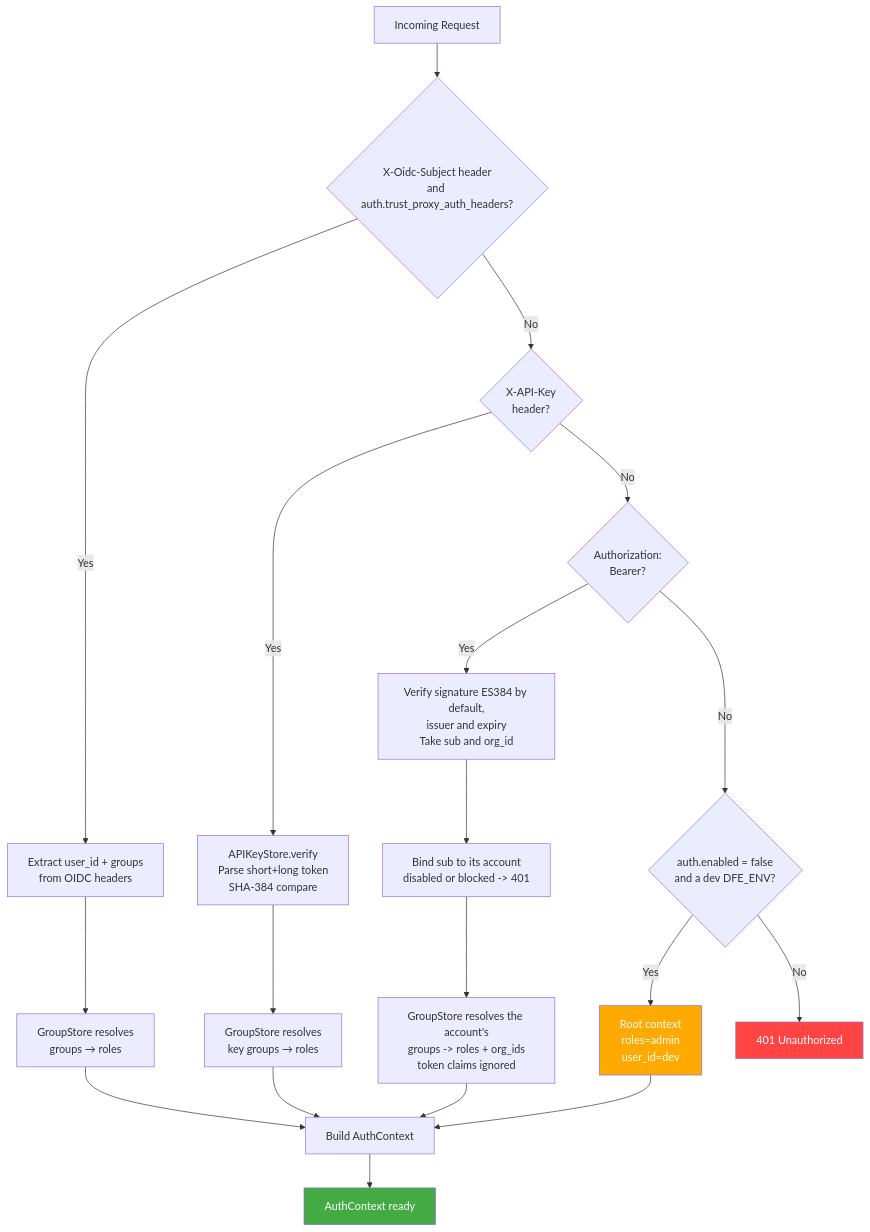
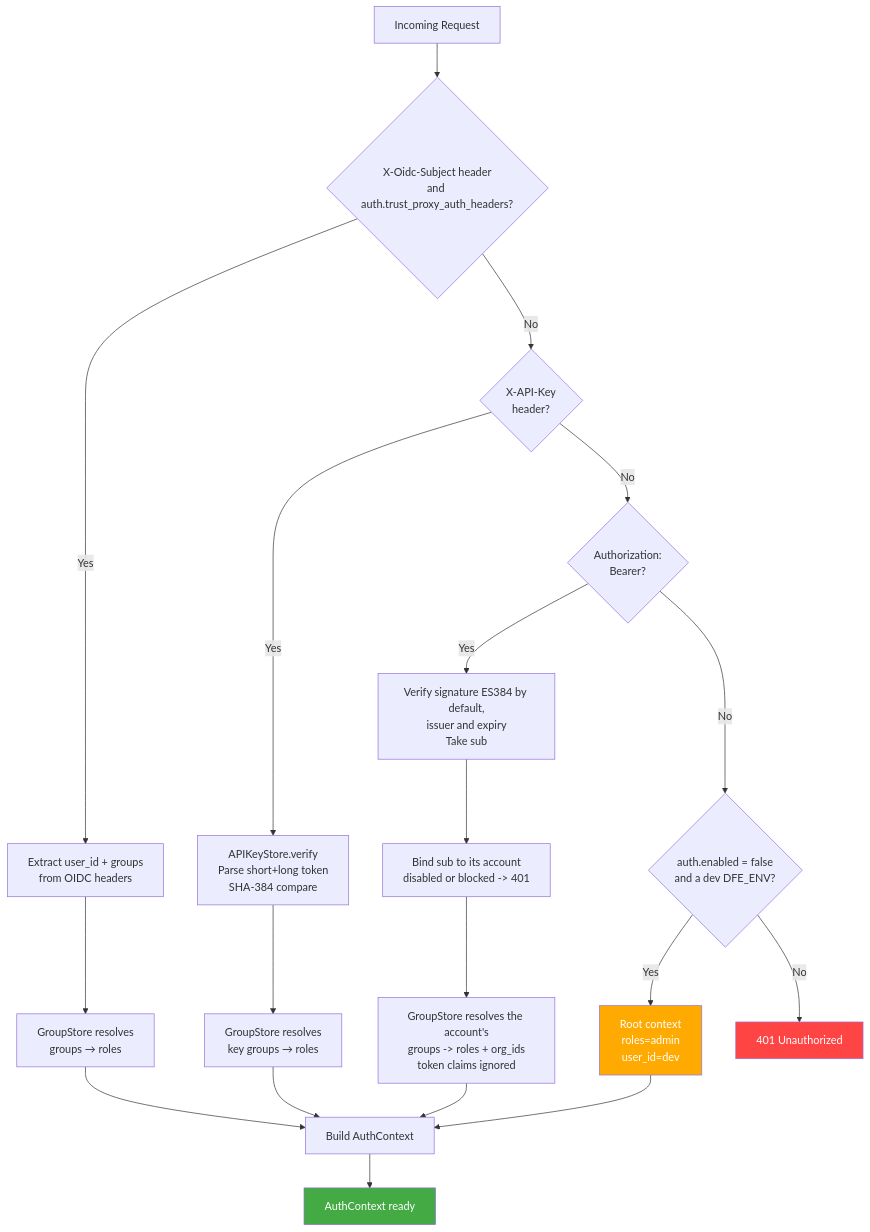
The first of 8 diagrams in docs/control-plane/rbac.md (hyperi-io/dfe-engine), drawn with Mermaid before and after one commit. The commit also changed other lines of this file and 141 other files, not shown here.

````diff
--- a/docs/control-plane/rbac.md
+++ b/docs/control-plane/rbac.md
@@ -22,30 +22,30 @@
 ```mermaid
 flowchart TD
     REQ[Incoming Request] --> OIDC{X-Oidc-Subject header<br/>and auth.trust_proxy_auth_headers?}
     OIDC -->|Yes| EXTRACT_OIDC[Extract user_id + groups<br/>from OIDC headers]
     EXTRACT_OIDC --> RESOLVE_OIDC[GroupStore resolves<br/>groups → roles]
     RESOLVE_OIDC --> CTX[Build AuthContext]
 
     OIDC -->|No| APIKEY{X-API-Key<br/>header?}
     APIKEY -->|Yes| VERIFY_KEY[APIKeyStore.verify<br/>Parse short+long token<br/>SHA-384 compare]
     VERIFY_KEY --> RESOLVE_KEY[GroupStore resolves<br/>key groups → roles]
     RESOLVE_KEY --> CTX
 
     APIKEY -->|No| JWT{Authorization:<br/>Bearer?}
-    JWT -->|Yes| DECODE["Verify signature ES384 by default,<br/>issuer and expiry<br/>Take sub and org_id"]
+    JWT -->|Yes| DECODE["Verify signature ES384 by default,<br/>issuer and expiry<br/>Take sub"]
     DECODE --> BIND["Bind sub to its account<br/>disabled or blocked -> 401"]
     BIND --> RESOLVE_JWT["GroupStore resolves the account's<br/>groups -> roles + org_ids<br/>token claims ignored"]
     RESOLVE_JWT --> CTX
 
     JWT -->|No| DISABLED{auth.enabled = false<br/>and a dev DFE_ENV?}
     DISABLED -->|Yes| ROOT[Root context<br/>roles=admin<br/>user_id=dev]
     ROOT --> CTX
 
     DISABLED -->|No| REJECT[401 Unauthorized]
 
     CTX --> AUTH_DONE[AuthContext ready]
 
     style REJECT fill:#f44,color:#fff
     style AUTH_DONE fill:#4a4,color:#fff
     style ROOT fill:#fa0,color:#fff
 ```
````
